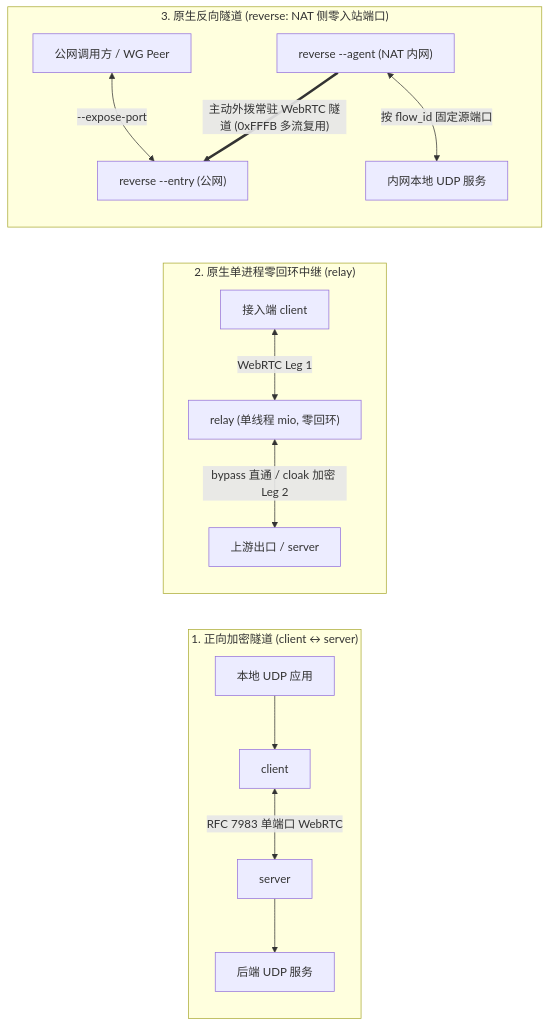
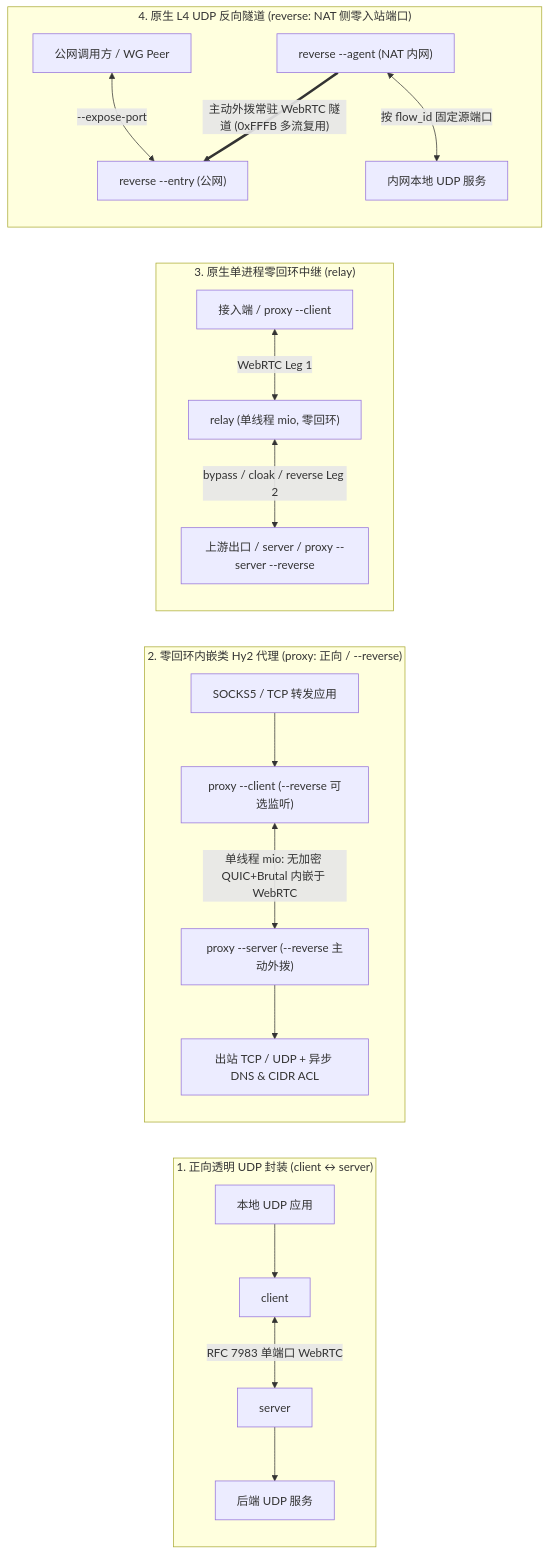
The diagram in README.md (MUMU-DADA/webrtc-cloak), drawn with Mermaid before and after one commit. The commit also changed other lines of this file and 200 other files, not shown here.

````diff
--- a/README.md
+++ b/README.md
@@ -47,19 +51,25 @@
 ```mermaid
 flowchart LR
-    subgraph FWD["1. 正向加密隧道 (client ↔ server)"]
+    subgraph FWD["1. 正向透明 UDP 封装 (client ↔ server)"]
         App1["本地 UDP 应用"] --> Cli["client"]
         Cli <-->|"RFC 7983 单端口 WebRTC"| Srv["server"]
         Srv --> Back1["后端 UDP 服务"]
     end
 
-    subgraph RLY["2. 原生单进程零回环中继 (relay)"]
-        Cli2["接入端 client"] <-->|"WebRTC Leg 1"| Relay["relay (单线程 mio, 零回环)"]
-        Relay <-->|"bypass 直通 / cloak 加密 Leg 2"| Exit["上游出口 / server"]
+    subgraph PRX["2. 零回环内嵌类 Hy2 代理 (proxy: 正向 / --reverse)"]
+        AppP["SOCKS5 / TCP 转发应用"] --> PCli["proxy --client (--reverse 可选监听)"]
+        PCli <-->|"单线程 mio: 无加密 QUIC+Brutal 内嵌于 WebRTC"| PSrv["proxy --server (--reverse 主动外拨)"]
+        PSrv --> Inet["出站 TCP / UDP + 异步 DNS & CIDR ACL"]
     end
 
-    subgraph REV["3. 原生反向隧道 (reverse: NAT 侧零入站端口)"]
+    subgraph RLY["3. 原生单进程零回环中继 (relay)"]
+        Cli2["接入端 / proxy --client"] <-->|"WebRTC Leg 1"| Relay["relay (单线程 mio, 零回环)"]
+        Relay <-->|"bypass / cloak / reverse Leg 2"| Exit["上游出口 / server / proxy --server --reverse"]
+    end
+
+    subgraph REV["4. 原生 L4 UDP 反向隧道 (reverse: NAT 侧零入站端口)"]
         Peer["公网调用方 / WG Peer"] <-->|"--expose-port"| Entry["reverse --entry (公网)"]
         Agent["reverse --agent (NAT 内网)"] ==>|"主动外拨常驻 WebRTC 隧道 (0xFFFB 多流复用)"| Entry
         Agent <-->|"按 flow_id 固定源端口"| LocalSvc["内网本地 UDP 服务"]
     end
 ```
````
